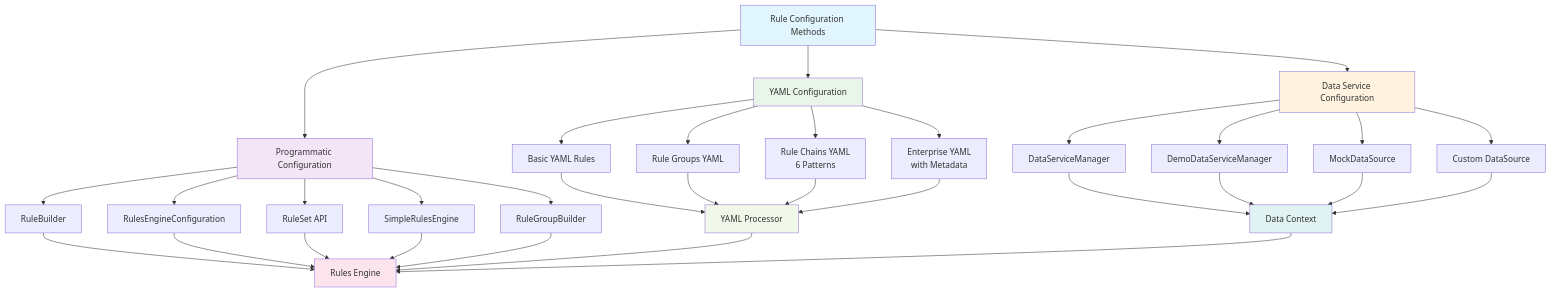
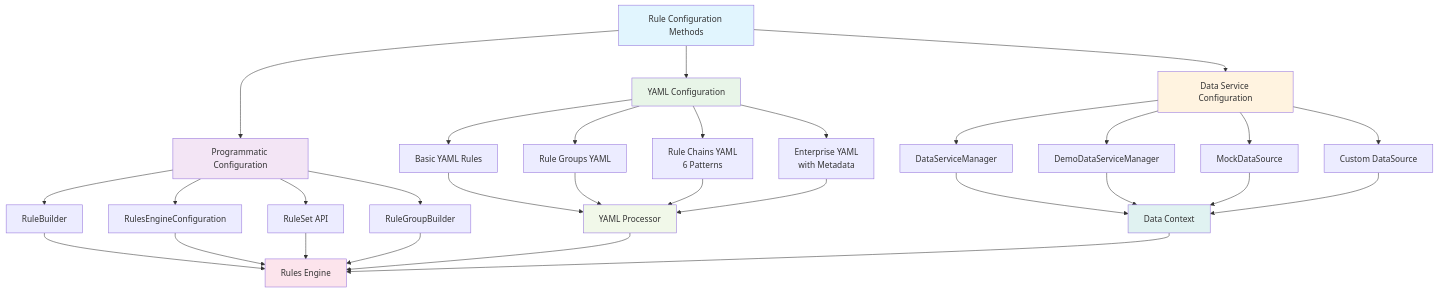
Before and after one commit to mraysmit/apex: the seventh of 15 diagrams in docs/APEX_TECHNICAL_REFERENCE.md, drawn with Mermaid. The commit also changed 11 other files, not shown here.

````diff
--- a/docs/APEX_TECHNICAL_REFERENCE.md
+++ b/docs/APEX_TECHNICAL_REFERENCE.md
@@ -2698,48 +2698,46 @@
 ```mermaid
 flowchart TD
     A[Rule Configuration Methods] --> B[Programmatic Configuration]
     A --> C[YAML Configuration]
     A --> D[Data Service Configuration]
 
     B --> B1[RuleBuilder]
     B --> B2[RulesEngineConfiguration]
     B --> B3[RuleSet API]
-    B --> B4[SimpleRulesEngine]
-    B --> B5[RuleGroupBuilder]
+    B --> B4[RuleGroupBuilder]
 
     C --> C1[Basic YAML Rules]
     C --> C2[Rule Groups YAML]
     C --> C3[Rule Chains YAML<br/>6 Patterns]
     C --> C4[Enterprise YAML<br/>with Metadata]
 
     D --> D1[DataServiceManager]
     D --> D2[DemoDataServiceManager]
     D --> D3[MockDataSource]
     D --> D4[Custom DataSource]
 
     B1 --> E[Rules Engine]
     B2 --> E
     B3 --> E
     B4 --> E
-    B5 --> E
 
     C1 --> F[YAML Processor]
     C2 --> F
     C3 --> F
     C4 --> F
     F --> E
 
     D1 --> G[Data Context]
     D2 --> G
     D3 --> G
     D4 --> G
     G --> E
 
     style A fill:#e1f5fe
     style B fill:#f3e5f5
     style C fill:#e8f5e8
     style D fill:#fff3e0
     style E fill:#fce4ec
     style F fill:#f1f8e9
     style G fill:#e0f2f1
 ```
````
